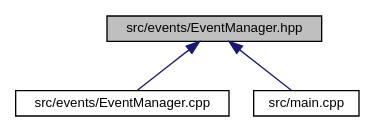
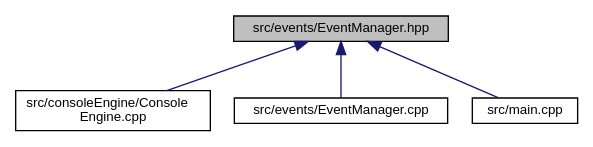
Before and after one commit to Wisteca/FilRougeDoc: the diagram in _event_manager_8hpp__dep__incl.dot, drawn with Graphviz. The commit also changed 210 other files, not shown here.

```diff
--- a/_event_manager_8hpp__dep__incl.dot
+++ b/_event_manager_8hpp__dep__incl.dot
@@ -1,11 +1,13 @@
 digraph "src/events/EventManager.hpp"
 {
  // LATEX_PDF_SIZE
   edge [fontname="Helvetica",fontsize="10",labelfontname="Helvetica",labelfontsize="10"];
   node [fontname="Helvetica",fontsize="10",shape=record];
   Node1 [label="src/events/EventManager.hpp",height=0.2,width=0.4,color="black", fillcolor="grey75", style="filled", fontcolor="black",tooltip="Singleton that manages events processing."];
   Node1 -> Node2 [dir="back",color="midnightblue",fontsize="10",style="solid",fontname="Helvetica"];
-  Node2 [label="src/events/EventManager.cpp",height=0.2,width=0.4,color="black", fillcolor="white", style="filled",URL="$_event_manager_8cpp.html",tooltip="Implementation of EventManager class."];
+  Node2 [label="src/consoleEngine/Console\lEngine.cpp",height=0.2,width=0.4,color="black", fillcolor="white", style="filled",URL="$_console_engine_8cpp.html",tooltip="Display really basic graphics in the console."];
   Node1 -> Node3 [dir="back",color="midnightblue",fontsize="10",style="solid",fontname="Helvetica"];
-  Node3 [label="src/main.cpp",height=0.2,width=0.4,color="black", fillcolor="white", style="filled",URL="$main_8cpp_source.html",tooltip=" "];
+  Node3 [label="src/events/EventManager.cpp",height=0.2,width=0.4,color="black", fillcolor="white", style="filled",URL="$_event_manager_8cpp.html",tooltip="Implementation of EventManager class."];
+  Node1 -> Node4 [dir="back",color="midnightblue",fontsize="10",style="solid",fontname="Helvetica"];
+  Node4 [label="src/main.cpp",height=0.2,width=0.4,color="black", fillcolor="white", style="filled",URL="$main_8cpp_source.html",tooltip=" "];
 }
```
